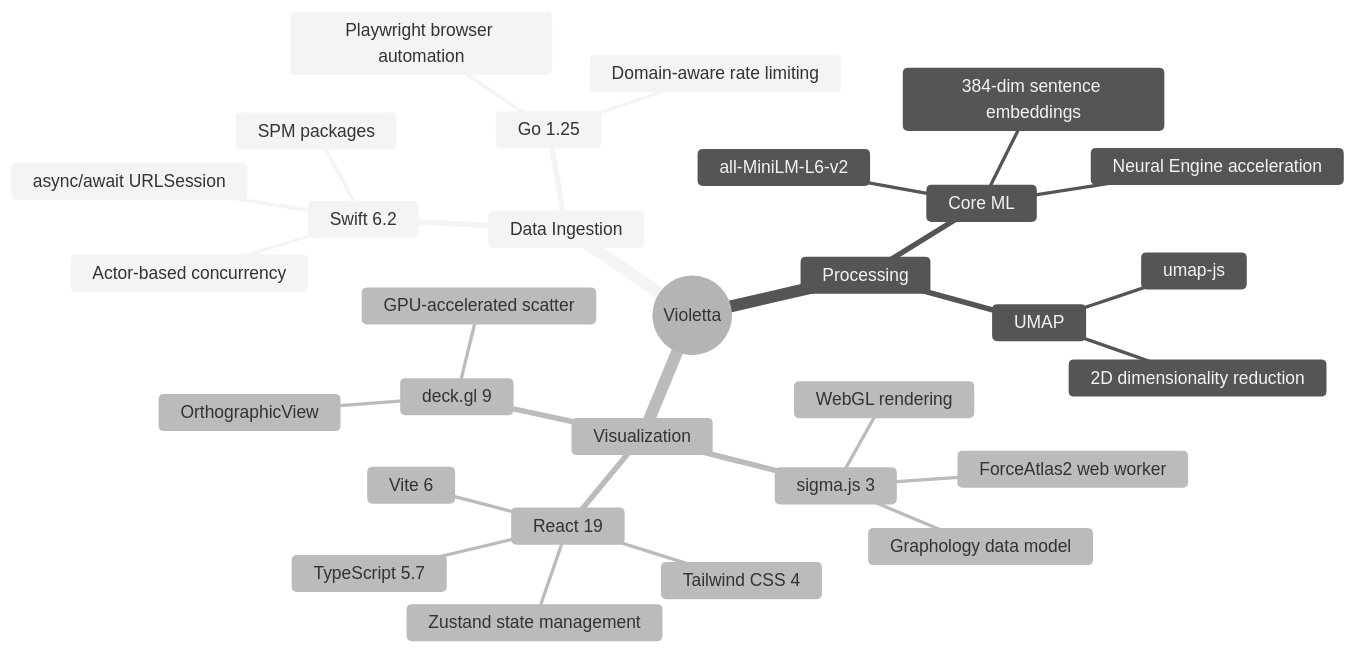
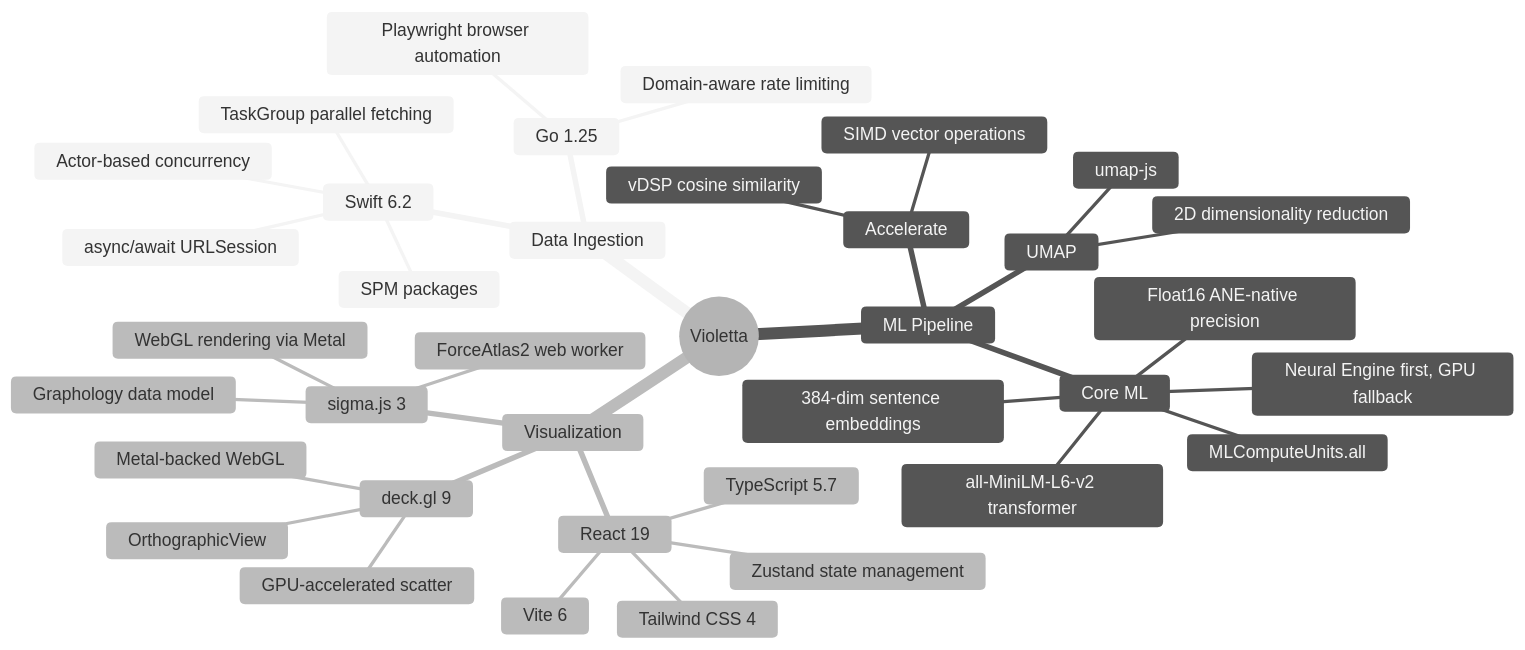
One commit to ParkWardRR/Violetta-Opera-Graph-Relationship-Maps changed the ninth of 9 diagrams in README.md. Above: the diagram before and after it, drawn with Mermaid (neutral theme). The commit also changed other lines of this file and 38 other files, not shown here.

````diff
--- a/README.md
+++ b/README.md
@@ -374,33 +559,40 @@
 ```mermaid
 mindmap
   root((Violetta))
     Data Ingestion
       Swift 6.2
         async/await URLSession
         Actor-based concurrency
+        TaskGroup parallel fetching
         SPM packages
       Go 1.25
         Playwright browser automation
         Domain-aware rate limiting
-    Processing
+    ML Pipeline
       Core ML
-        all-MiniLM-L6-v2
-        Neural Engine acceleration
+        all-MiniLM-L6-v2 transformer
+        MLComputeUnits.all
+        Neural Engine first, GPU fallback
+        Float16 ANE-native precision
         384-dim sentence embeddings
+      Accelerate
+        vDSP cosine similarity
+        SIMD vector operations
       UMAP
         umap-js
         2D dimensionality reduction
     Visualization
       sigma.js 3
-        WebGL rendering
+        WebGL rendering via Metal
         ForceAtlas2 web worker
         Graphology data model
       deck.gl 9
         GPU-accelerated scatter
         OrthographicView
+        Metal-backed WebGL
       React 19
         Vite 6
         TypeScript 5.7
         Zustand state management
         Tailwind CSS 4
 ```
````
